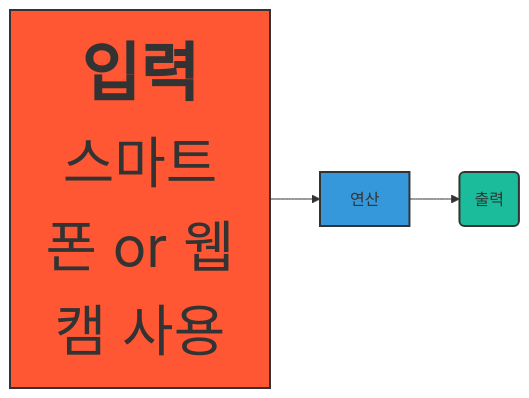
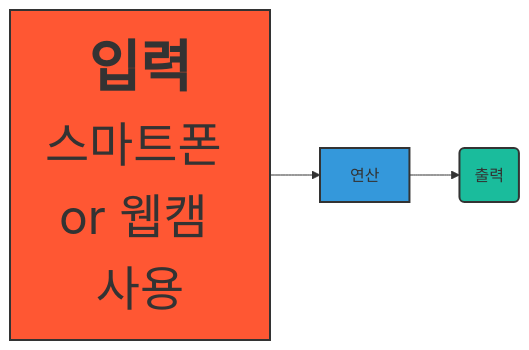
Before and after one commit to 201710808/-p: the diagram in Readme.md, drawn with Mermaid.

````diff
--- a/Readme.md
+++ b/Readme.md
@@ -3,10 +3,10 @@
 ```mermaid
 graph LR
-A[<b><span style='font-size:64px'>입력</span></b>\n<span style='font-size:56px'>스마트폰 or 웹캠 사용] --> B[연산]
+A[<b><span style='font-size:56px'>입력</span></b>\n<span style='font-size:48px'>스마트폰 or 웹캠 사용] --> B[연산]
 B --> C(출력)
 
 style A fill:#FF5733,stroke:#333,stroke-width:2px
 style B fill:#3498db,stroke:#333,stroke-width:2px
 style C fill:#1abc9c,stroke:#333,stroke-width:2px
 
 ```
````
